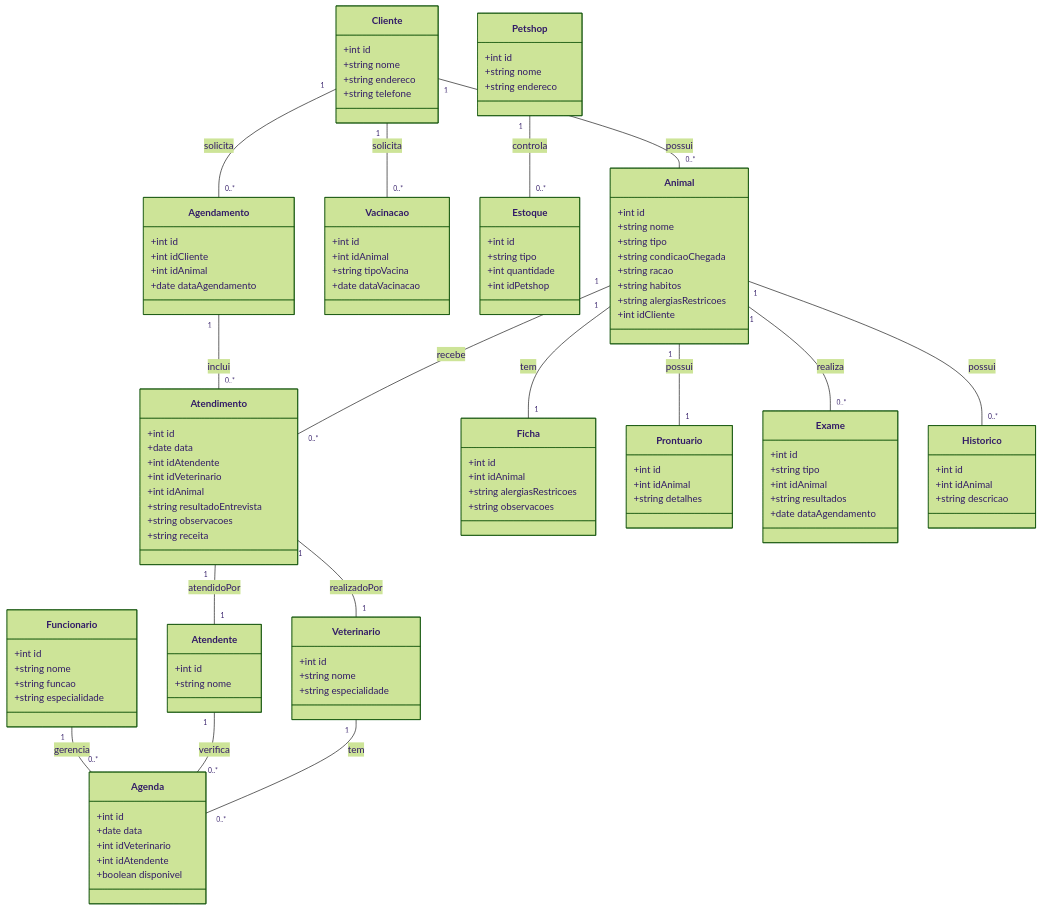
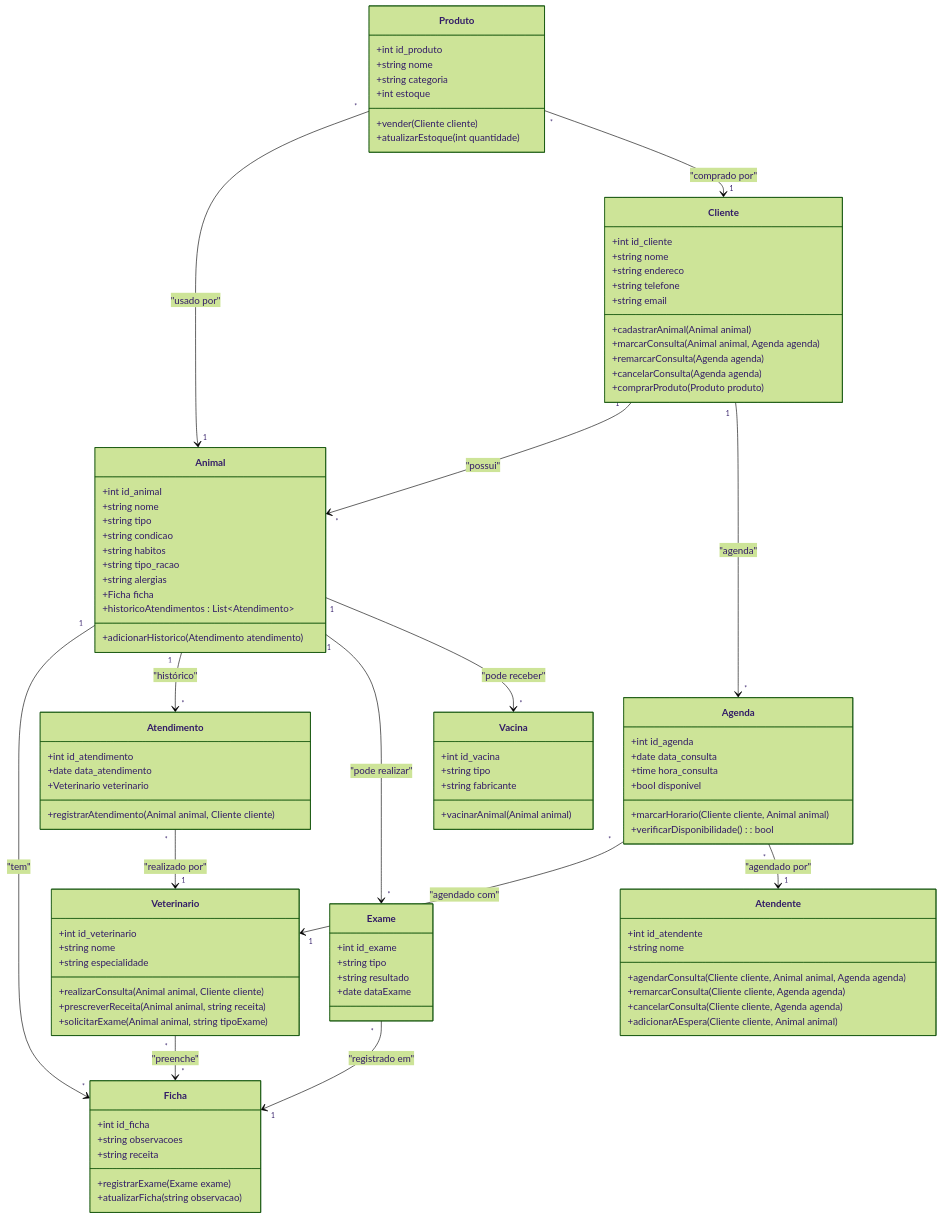
One commit to VitorSauzen/vitor_emanuel changed the second of 2 diagrams in README.md. Above: the diagram before and after it, drawn with Mermaid (forest theme). The commit also changed other lines of this file and 2 other files, not shown here.

````diff
--- a/README.md
+++ b/README.md
@@ -185,127 +205,107 @@
 ```mermaid
 classDiagram
     class Cliente {
-        +int id
+        +int id_cliente
         +string nome
         +string endereco
         +string telefone
+        +string email
+        +cadastrarAnimal(Animal animal)
+        +marcarConsulta(Animal animal, Agenda agenda)
+        +remarcarConsulta(Agenda agenda)
+        +cancelarConsulta(Agenda agenda)
+        +comprarProduto(Produto produto)
     }
 
     class Animal {
-        +int id
+        +int id_animal
         +string nome
         +string tipo
-        +string condicaoChegada
-        +string racao
+        +string condicao
         +string habitos
-        +string alergiasRestricoes
-        +int idCliente
+        +string tipo_racao
+        +string alergias
+        +Ficha ficha
+        +historicoAtendimentos : List~Atendimento~
+        +adicionarHistorico(Atendimento atendimento)
     }
 
     class Veterinario {
-        +int id
+        +int id_veterinario
         +string nome
         +string especialidade
+        +realizarConsulta(Animal animal, Cliente cliente)
+        +prescreverReceita(Animal animal, string receita)
+        +solicitarExame(Animal animal, string tipoExame)
     }
 
     class Atendente {
-        +int id
+        +int id_atendente
         +string nome
+        +agendarConsulta(Cliente cliente, Animal animal, Agenda agenda)
+        +remarcarConsulta(Cliente cliente, Agenda agenda)
+        +cancelarConsulta(Cliente cliente, Agenda agenda)
+        +adicionarAEspera(Cliente cliente, Animal animal)
+    }
+
+    class Ficha {
+        +int id_ficha
+        +string observacoes
+        +string receita
+        +registrarExame(Exame exame)
+        +atualizarFicha(string observacao)
+    }
+
+    class Exame {
+        +int id_exame
+        +string tipo
+        +string resultado
+        +date dataExame
+    }
+
+    class Agenda {
+        +int id_agenda
+        +date data_consulta
+        +time hora_consulta
+        +bool disponivel
+        +marcarHorario(Cliente cliente, Animal animal)
+        +verificarDisponibilidade() : bool
+    }
+
+    class Produto {
+        +int id_produto
+        +string nome
+        +string categoria
+        +int estoque
+        +vender(Cliente cliente)
+        +atualizarEstoque(int quantidade)
+    }
+
+    class Vacina {
+        +int id_vacina
+        +string tipo
+        +string fabricante
+        +vacinarAnimal(Animal animal)
     }
 
     class Atendimento {
-        +int id
-        +date data
-        +int idAtendente
-        +int idVeterinario
-        +int idAnimal
-        +string resultadoEntrevista
-        +string observacoes
-        +string receita
+        +int id_atendimento
+        +date data_atendimento
+        +Veterinario veterinario
+        +registrarAtendimento(Animal animal, Cliente cliente)
     }
 
-    class Ficha {
-        +int id
-        +int idAnimal
-        +string alergiasRestricoes
-        +string observacoes
-    }
-
-    class Prontuario {
-        +int id
-        +int idAnimal
-        +string detalhes
-    }
-
-    class Exame {
-        +int id
-        +string tipo
-        +int idAnimal
-        +string resultados
-        +date dataAgendamento
-    }
-
-    class Agenda {
-        +int id
-        +date data
-        +int idVeterinario
-        +int idAtendente
-        +boolean disponivel
-    }
-
-    class Vacinacao {
-        +int id
-        +int idAnimal
-        +string tipoVacina
-        +date dataVacinacao
-    }
-
-    class Petshop {
-        +int id
-        +string nome
-        +string endereco
-    }
-
-    class Estoque {
-        +int id
-        +string tipo
-        +int quantidade
-        +int idPetshop
-    }
-
-    class Agendamento {
-        +int id
-        +int idCliente
-        +int idAnimal
-        +date dataAgendamento
-    }
-
-    class Historico {
-        +int id
-        +int idAnimal
-        +string descricao
-    }
-
-    class Funcionario {
-        +int id
-        +string nome
-        +string funcao
-        +string especialidade
-    }
-
-    Cliente "1" -- "0..*" Animal : possui
-    Animal "1" -- "0..*" Atendimento : recebe
-    Atendimento "1" -- "1" Veterinario : realizadoPor
-    Atendimento "1" -- "1" Atendente : atendidoPor
-    Animal "1" -- "1" Ficha : tem
-    Animal "1" -- "1" Prontuario : possui
-    Animal "1" -- "0..*" Exame : realiza
-    Veterinario "1" -- "0..*" Agenda : tem
-    Atendente "1" -- "0..*" Agenda : verifica
-    Cliente "1" -- "0..*" Vacinacao : solicita
-    Petshop "1" -- "0..*" Estoque : controla
-    Animal "1" -- "0..*" Historico : possui
-    Funcionario "1" -- "0..*" Agenda : gerencia
-    Cliente "1" -- "0..*" Agendamento : solicita
-    Agendamento "1" -- "0..*" Atendimento : inclui
+    Cliente "1" --> "*" Animal : "possui"
+    Animal "1" --> "*" Ficha : "tem"
+    Animal "1" --> "*" Atendimento : "histórico"
+    Animal "1" --> "*" Exame : "pode realizar"
+    Animal "1" --> "*" Vacina : "pode receber"
+    Atendimento "*" --> "1" Veterinario : "realizado por"
+    Agenda "*" --> "1" Veterinario : "agendado com"
+    Agenda "*" --> "1" Atendente : "agendado por"
+    Exame "*" --> "1" Ficha : "registrado em"
+    Produto "*" --> "1" Animal : "usado por"
+    Produto "*" --> "1" Cliente : "comprado por"
+    Cliente "1" --> "*" Agenda : "agenda"
+    Veterinario "*" --> "*" Ficha : "preenche"
 ```
````
